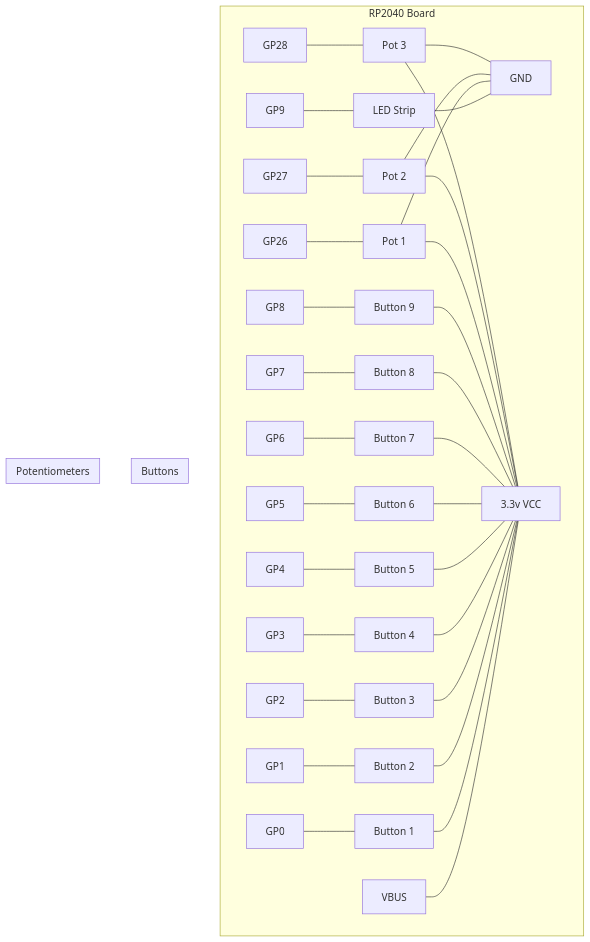
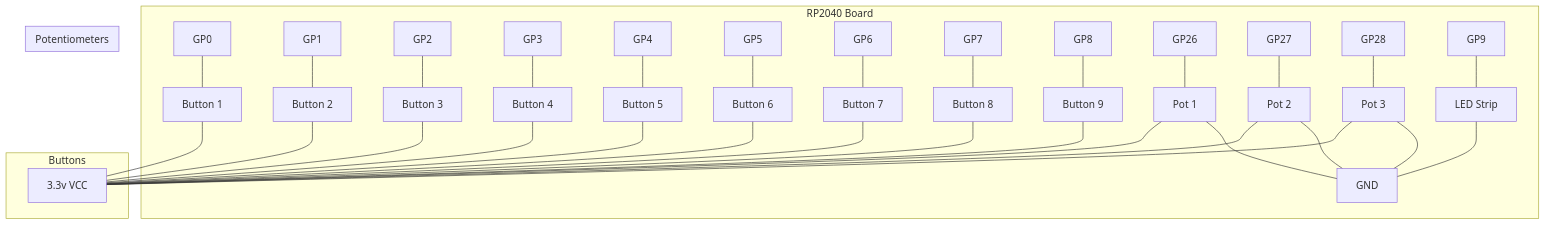
Before and after one commit to kaa-serpent/MIDIgnon: the diagram in README.md, drawn with Mermaid.

Commit message:
shematic

````diff
--- a/README.md
+++ b/README.md
@@ -39,44 +39,44 @@
 ```mermaid
 graph TD
     subgraph RP2040 Board
         GP0 --- B1[Button 1]
         GP1 --- B2[Button 2]
         GP2 --- B3[Button 3]
         GP3 --- B4[Button 4]
         GP4 --- B5[Button 5]
         GP5 --- B6[Button 6]
         GP6 --- B7[Button 7]
         GP7 --- B8[Button 8]
         GP8 --- B9[Button 9]
 
         GP26 --- P1[Pot 1]
         GP27 --- P2[Pot 2]
         GP28 --- P3[Pot 3]
 
         GP9 --- LED[LED Strip] --- GND
         
-        VBUS --- VCC[3.3v VCC]
+        
     end
 
     subgraph Buttons
-        B1 --- VCC
-        B2 --- VCC
-        B3 --- VCC
-        B4 --- VCC
-        B5 --- VCC
-        B6 --- VCC
-        B7 --- VCC
-        B8 --- VCC
-        B9 --- VCC
+        B1 --- VCC[3.3v VCC]
+        B2 --- VCC[3.3v VCC]
+        B3 --- VCC[3.3v VCC]
+        B4 --- VCC[3.3v VCC]
+        B5 --- VCC[3.3v VCC]
+        B6 --- VCC[3.3v VCC]
+        B7 --- VCC[3.3v VCC]
+        B8 --- VCC[3.3v VCC]
+        B9 --- VCC[3.3v VCC]
     end
 
     subgraph Potentiometers
-        P1 --- VCC
-        P2 --- VCC
-        P3 --- VCC
+        P1 --- VCC[3.3v VCC]
+        P2 --- VCC[3.3v VCC]
+        P3 --- VCC[3.3v VCC]
         P1 --- GND
         P2 --- GND
         P3 --- GND
     end
 
 ```
````
